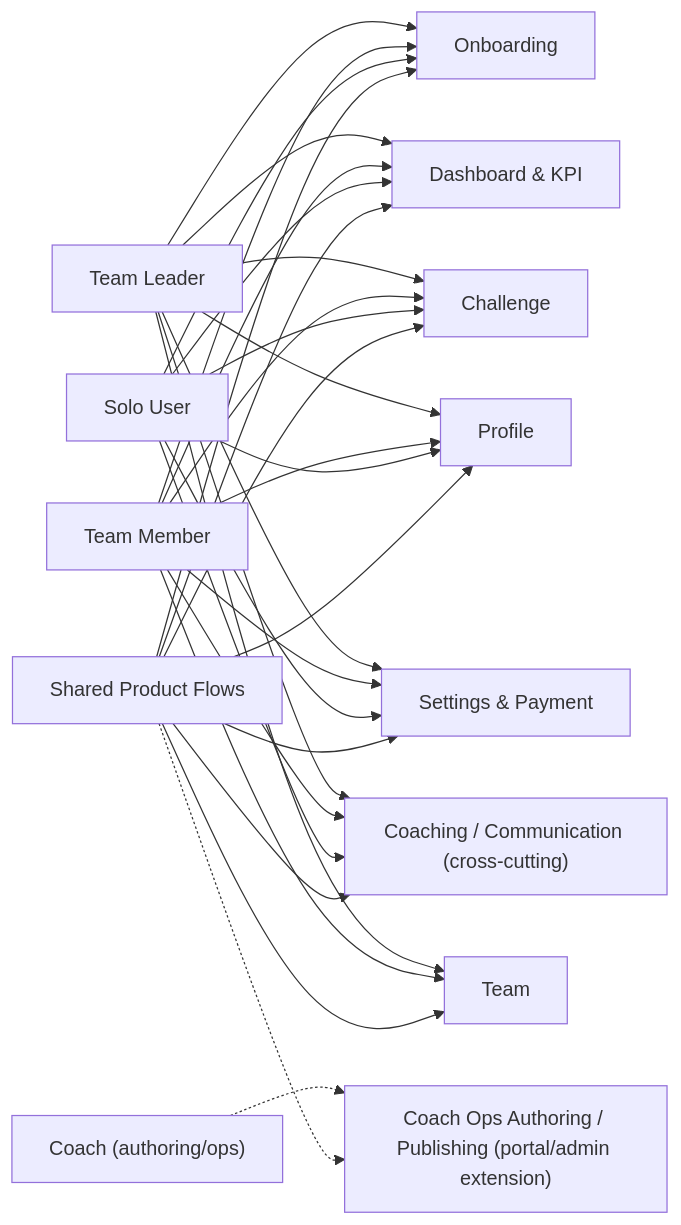
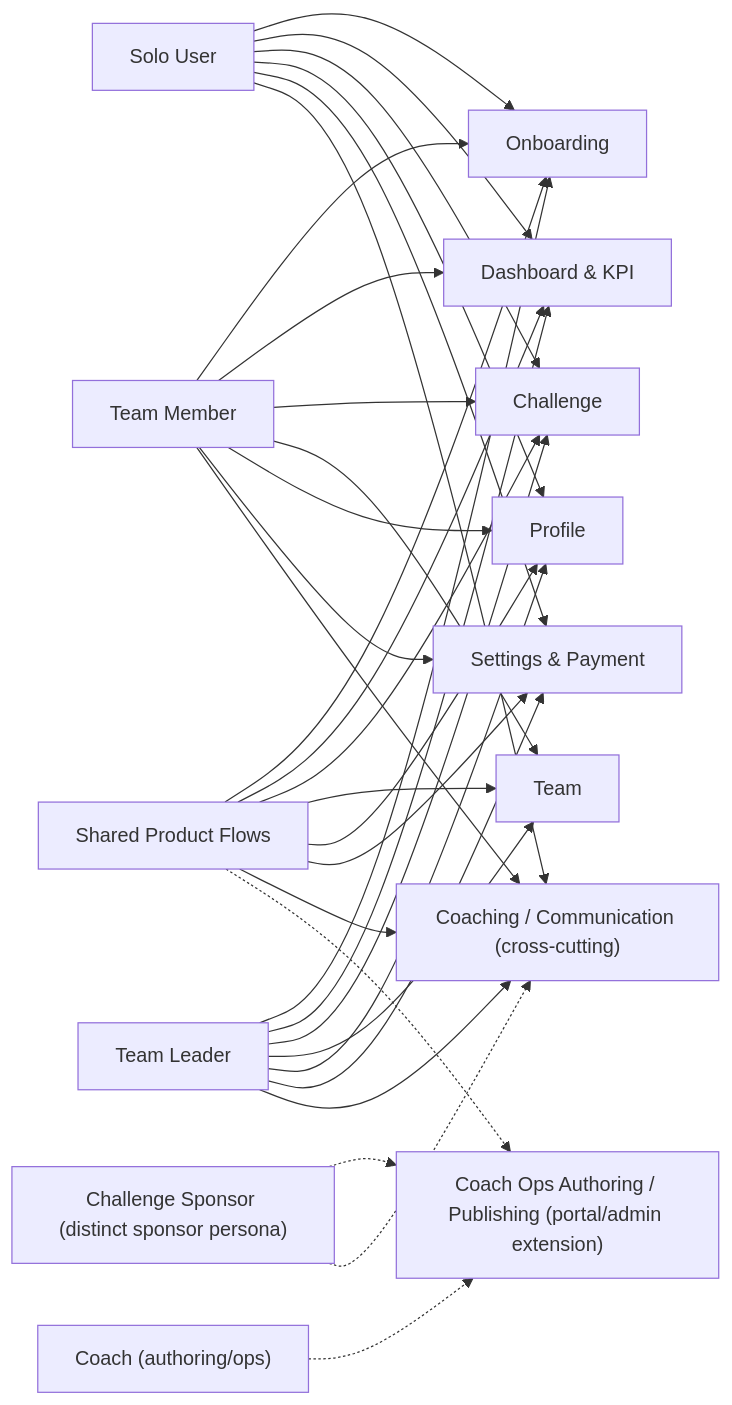
Before and after one commit to jonhazeltine/compass-kpi: the third of 12 diagrams in docs/spec/appendix/INTENDED_WIRING_DIAGRAM.md, drawn with Mermaid. The commit also changed other lines of this file and 4 other files, not shown here.

Commit message:
Rescope coaching notifications and sponsor persona boundaries

````diff
--- a/docs/spec/appendix/INTENDED_WIRING_DIAGRAM.md
+++ b/docs/spec/appendix/INTENDED_WIRING_DIAGRAM.md
@@ -85,36 +85,38 @@
 ```mermaid
 flowchart LR
   P["Shared Product Flows"] --> S1["Onboarding"]
   P --> S2["Dashboard & KPI"]
   P --> S3["Challenge"]
   P --> S4["Team"]
   P --> S5["Profile"]
   P --> S6["Settings & Payment"]
   P --> S7["Coaching / Communication (cross-cutting)"]
   P -.-> S8["Coach Ops Authoring / Publishing (portal/admin extension)"]
 
   U1["Solo User"] --> S1
   U1 --> S2
   U1 --> S3
   U1 --> S5
   U1 --> S6
   U1 --> S7
 
   U2["Team Member"] --> S1
   U2 --> S2
   U2 --> S3
   U2 --> S4
   U2 --> S5
   U2 --> S6
   U2 --> S7
 
   U3["Team Leader"] --> S1
   U3 --> S2
   U3 --> S3
   U3 --> S4
   U3 --> S5
   U3 --> S6
   U3 --> S7
 
   U4["Coach (authoring/ops)"] -.-> S8
+  U5["Challenge Sponsor (distinct sponsor persona)"] -.-> S8
+  U5 -.-> S7
 ```
````
